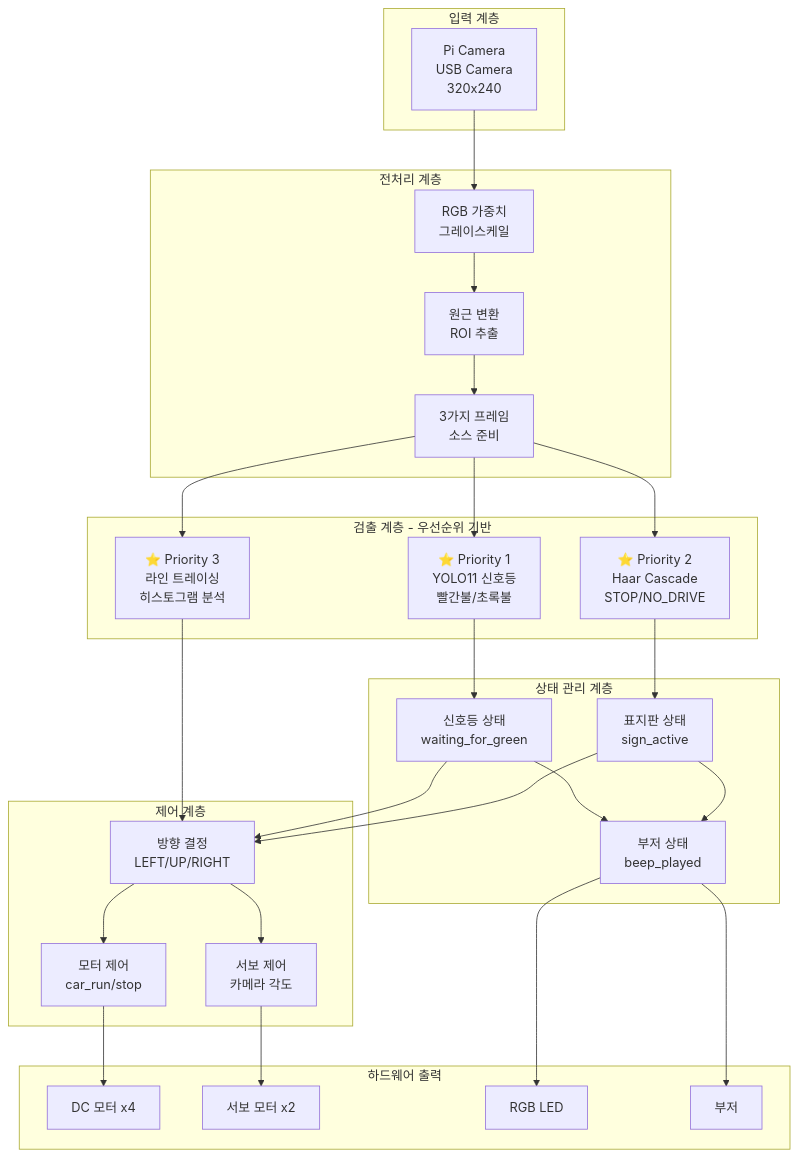
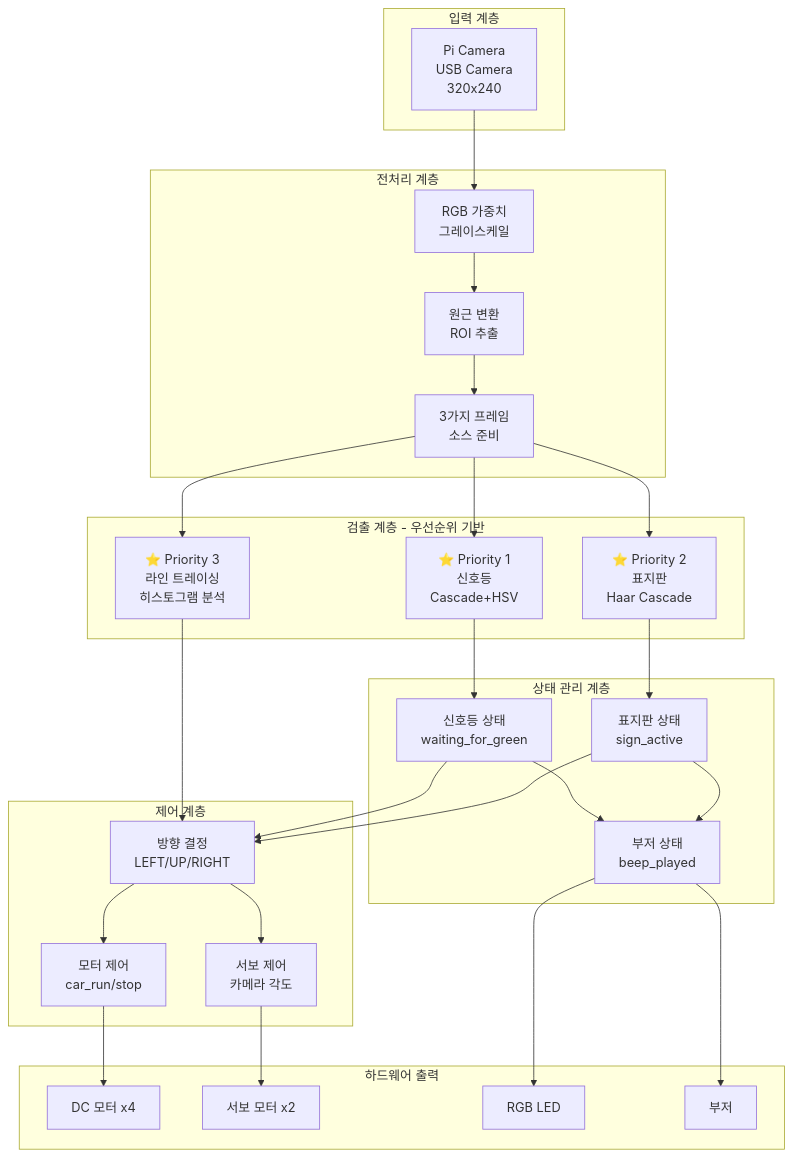
Before and after one commit to Collegenie-X/Raspbot-v2-self-driving-car: the fourth of 16 diagrams in 06_final_self_driving/_2단계_알고리즘_및_구현_가이드.md, drawn with Mermaid. The commit also changed other lines of this file and 5 other files, not shown here.

````diff
--- a/06_final_self_driving/_2단계_알고리즘_및_구현_가이드.md
+++ b/06_final_self_driving/_2단계_알고리즘_및_구현_가이드.md
@@ -118,62 +118,62 @@
 ```mermaid
 graph TB
     subgraph "입력 계층"
         CAM[Pi Camera<br/>USB Camera<br/>320x240]
     end
     
     subgraph "전처리 계층"
         PRE1[RGB 가중치<br/>그레이스케일]
         PRE2[원근 변환<br/>ROI 추출]
         PRE3[3가지 프레임<br/>소스 준비]
     end
     
     subgraph "검출 계층 - 우선순위 기반"
-        YOLO[⭐ Priority 1<br/>YOLO11 신호등<br/>빨간불/초록불]
-        HAAR[⭐ Priority 2<br/>Haar Cascade<br/>STOP/NO_DRIVE]
+        TRAFFIC[⭐ Priority 1<br/>신호등<br/>Cascade+HSV]
+        HAAR[⭐ Priority 2<br/>표지판<br/>Haar Cascade]
         LANE[⭐ Priority 3<br/>라인 트레이싱<br/>히스토그램 분석]
     end
     
     subgraph "상태 관리 계층"
         STATE1[신호등 상태<br/>waiting_for_green]
         STATE2[표지판 상태<br/>sign_active]
         STATE3[부저 상태<br/>beep_played]
     end
     
     subgraph "제어 계층"
         CTRL1[방향 결정<br/>LEFT/UP/RIGHT]
         CTRL2[모터 제어<br/>car_run/stop]
         CTRL3[서보 제어<br/>카메라 각도]
     end
     
     subgraph "하드웨어 출력"
         MOTOR[DC 모터 x4]
         SERVO[서보 모터 x2]
         LED[RGB LED]
         BEEP[부저]
     end
     
     CAM --> PRE1
     PRE1 --> PRE2
     PRE2 --> PRE3
     
-    PRE3 --> YOLO
+    PRE3 --> TRAFFIC
     PRE3 --> HAAR
     PRE3 --> LANE
     
-    YOLO --> STATE1
+    TRAFFIC --> STATE1
     HAAR --> STATE2
     STATE1 --> STATE3
     STATE2 --> STATE3
     
     STATE1 --> CTRL1
     STATE2 --> CTRL1
     LANE --> CTRL1
     
     CTRL1 --> CTRL2
     CTRL1 --> CTRL3
     
     CTRL2 --> MOTOR
     CTRL3 --> SERVO
     STATE3 --> LED
     STATE3 --> BEEP
 ```
````
